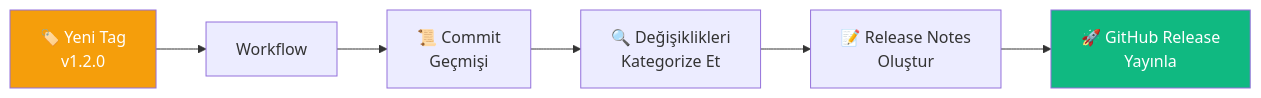
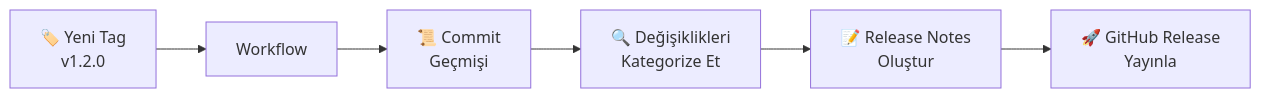
One commit to IzzetYasinAtes/ClaudeCodeHandbook changed the fifth of 7 diagrams in 16-cicd-ve-devops/05-otomasyon-tarifleri.md. Above: the diagram before and after it, drawn with Mermaid. The commit also changed other lines of this file and 97 other files, not shown here.

Commit message:
Remove all custom Mermaid style/fill colors from 98 markdown files for consistent dark theme rendering

````diff
--- a/16-cicd-ve-devops/05-otomasyon-tarifleri.md
+++ b/16-cicd-ve-devops/05-otomasyon-tarifleri.md
@@ -363,11 +352,9 @@
 ```mermaid
 flowchart LR
     TAG["🏷️ Yeni Tag<br/>v1.2.0"] --> TRIG["Workflow"]
     TRIG --> COMMITS["📜 Commit<br/>Geçmişi"]
     COMMITS --> ANALYZE["🔍 Değişiklikleri<br/>Kategorize Et"]
     ANALYZE --> NOTES["📝 Release Notes<br/>Oluştur"]
     NOTES --> RELEASE["🚀 GitHub Release<br/>Yayınla"]
 
-    style TAG fill:#F59E0B,color:#fff
-    style RELEASE fill:#10B981,color:#fff
 ```
````
